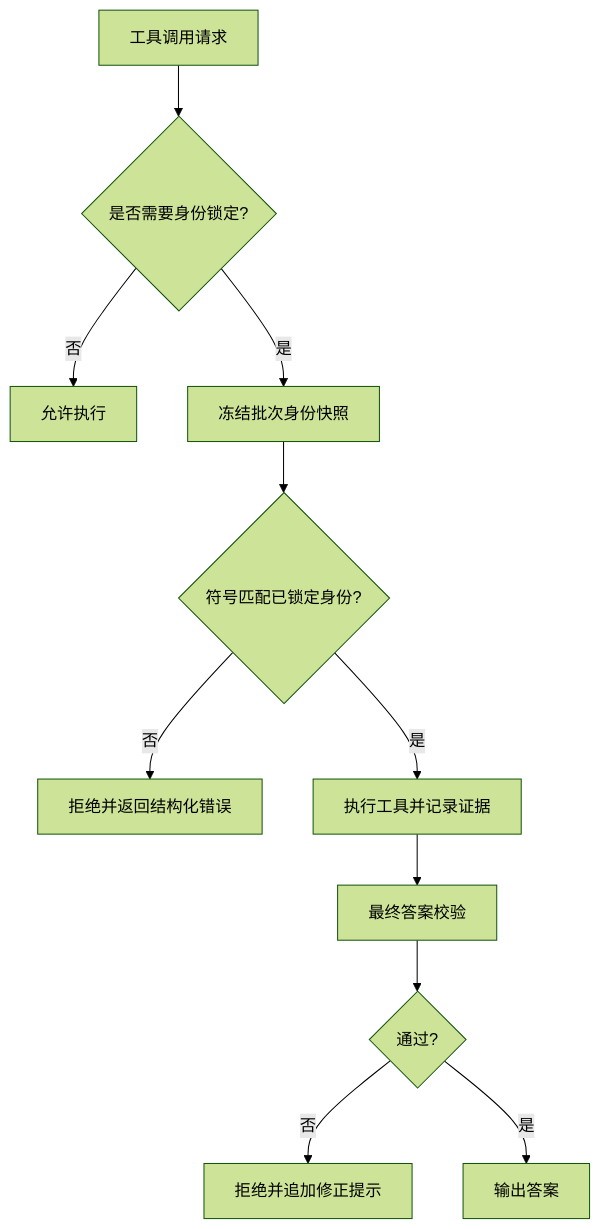
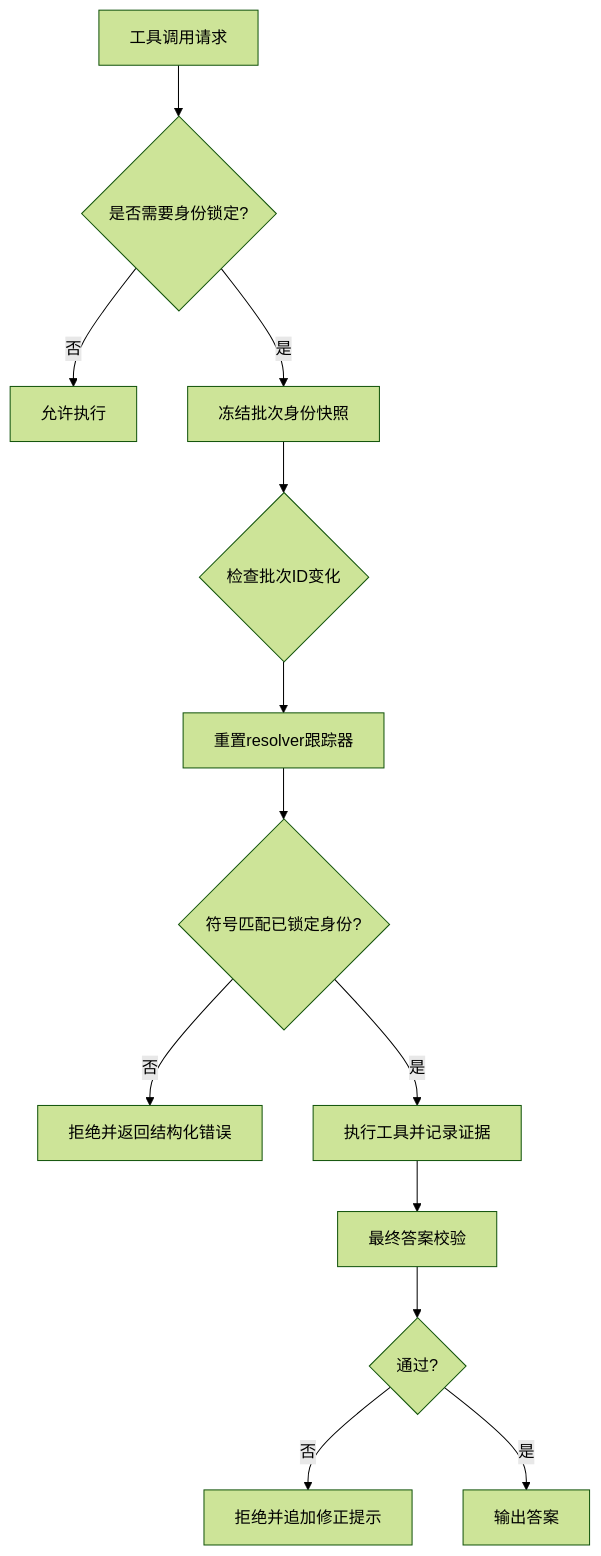
The eighth of 9 diagrams in .qoder/repowiki/zh/content/项目概述/核心功能特性/AI代理系统/Agent核心循环.md (20012002er/Vibe-Trading), drawn with Mermaid (forest theme) before and after one commit. The commit also changed other lines of this file and 91 other files, not shown here.

````diff
--- a/.qoder/repowiki/zh/content/项目概述/核心功能特性/AI代理系统/Agent核心循环.md
+++ b/.qoder/repowiki/zh/content/项目概述/核心功能特性/AI代理系统/Agent核心循环.md
@@ -346,13 +365,15 @@
 ```mermaid
 flowchart TD
 Req["工具调用请求"] --> CheckID{"是否需要身份锁定?"}
 CheckID -- 否 --> Allow["允许执行"]
 CheckID -- 是 --> Freeze["冻结批次身份快照"]
-Freeze --> Match{"符号匹配已锁定身份?"}
+Freeze --> BatchCheck{"检查批次ID变化"}
+BatchCheck --> Reset["重置resolver跟踪器"]
+Reset --> Match{"符号匹配已锁定身份?"}
 Match -- 否 --> Block["拒绝并返回结构化错误"]
 Match -- 是 --> Exec["执行工具并记录证据"]
 Exec --> FinalCheck["最终答案校验"]
 FinalCheck --> Pass{"通过?"}
 Pass -- 否 --> Reject["拒绝并追加修正提示"]
 Pass -- 是 --> Output["输出答案"]
 ```
````
